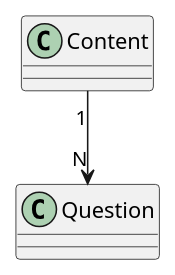
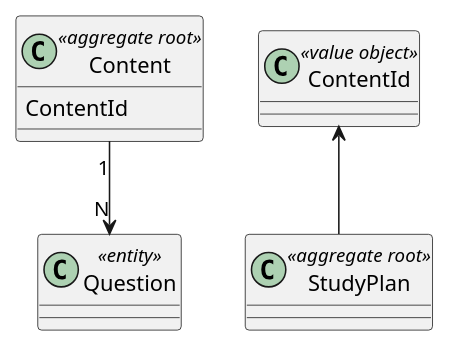
Before and after one commit to yokota-g/GAS: the diagram in GAS.pu, drawn with PlantUML.

Commit message:
#12対応です。

```diff
--- a/GAS.pu
+++ b/GAS.pu
@@ -1,3 +1,13 @@
 @startuml : GAS class diagram
+class Content << aggregate root >>
+{
+    ContentId
+}
+class Question << entity >>
+
+class StudyPlan << aggregate root >>
+class ContentId << value object >>
+
 Content "1"-->"N" Question
+ContentId <-- StudyPlan
 @enduml
```
